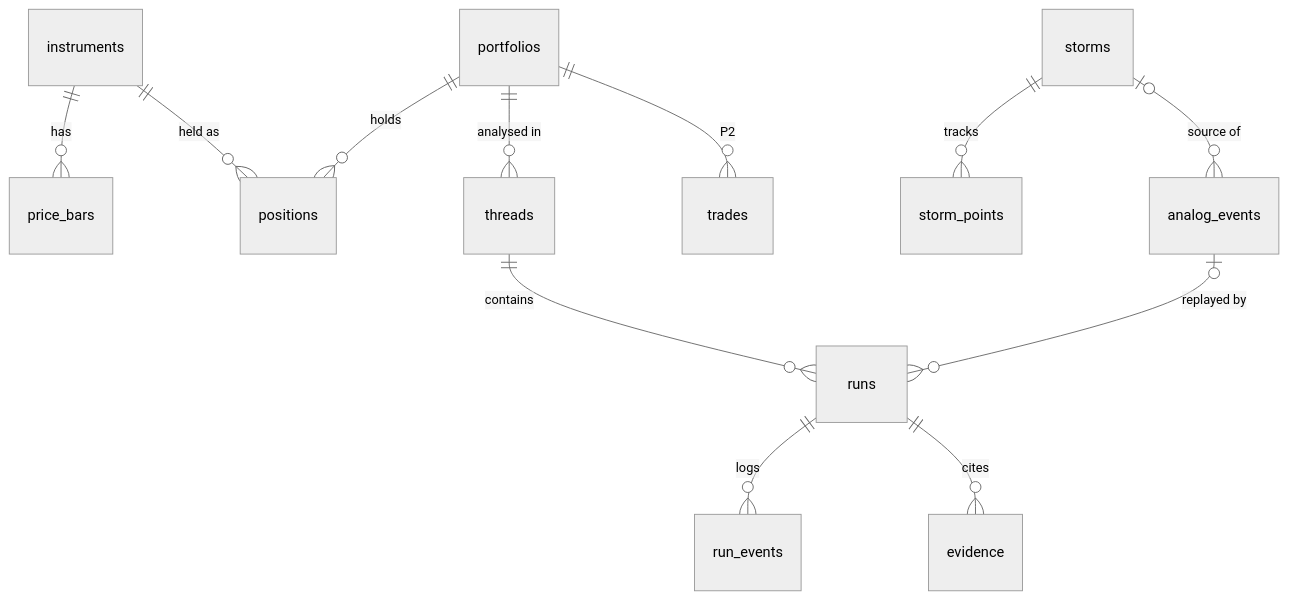
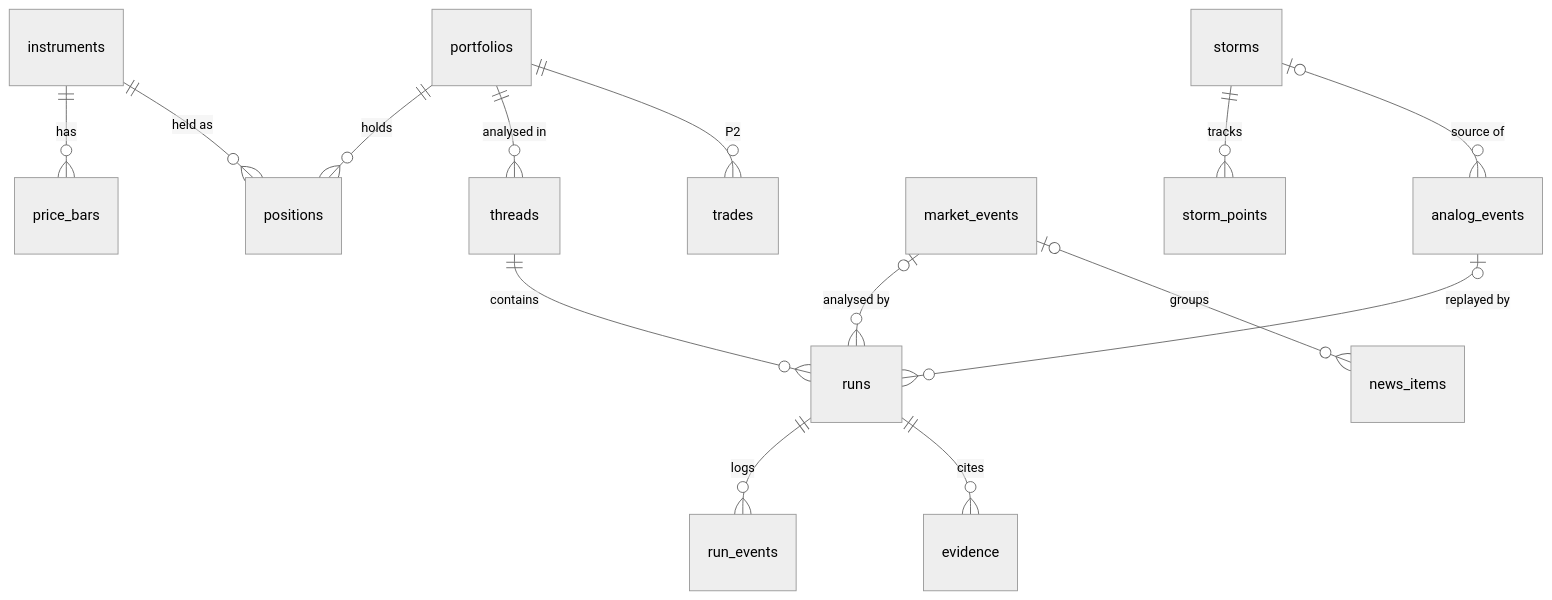
One commit to Akashjaiswal-IT/FinAnalyse changed the second of 2 diagrams in docs/SPEC.md. Above: the diagram before and after it, drawn with Mermaid (neutral theme). The commit also changed other lines of this file and 2 other files, not shown here.

First line of the commit message:
docs: generalise spec from Gulf hurricanes to any market event (v2 proposal)

````diff
--- a/docs/SPEC.md
+++ b/docs/SPEC.md
@@ -407,14 +498,16 @@
 ```mermaid
 erDiagram
     instruments ||--o{ price_bars : has
     instruments ||--o{ positions : "held as"
     portfolios ||--o{ positions : holds
     portfolios ||--o{ threads : "analysed in"
     threads ||--o{ runs : contains
     runs ||--o{ run_events : logs
     runs ||--o{ evidence : cites
     analog_events |o--o{ runs : "replayed by"
+    market_events |o--o{ runs : "analysed by"
+    market_events |o--o{ news_items : groups
     storms ||--o{ storm_points : tracks
     storms |o--o{ analog_events : "source of"
     portfolios ||--o{ trades : "P2"
 ```
````
